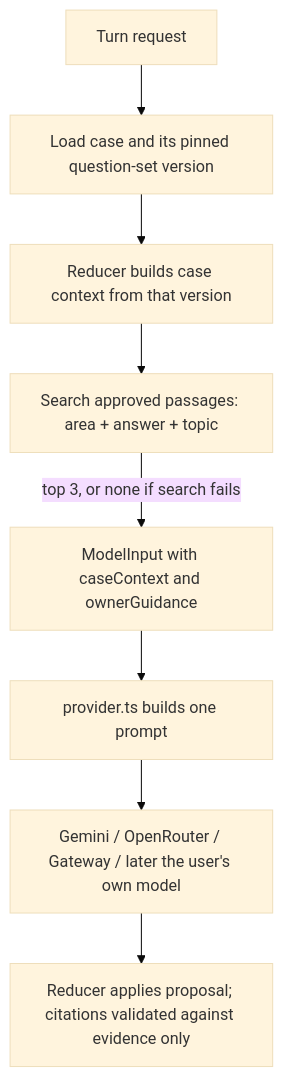
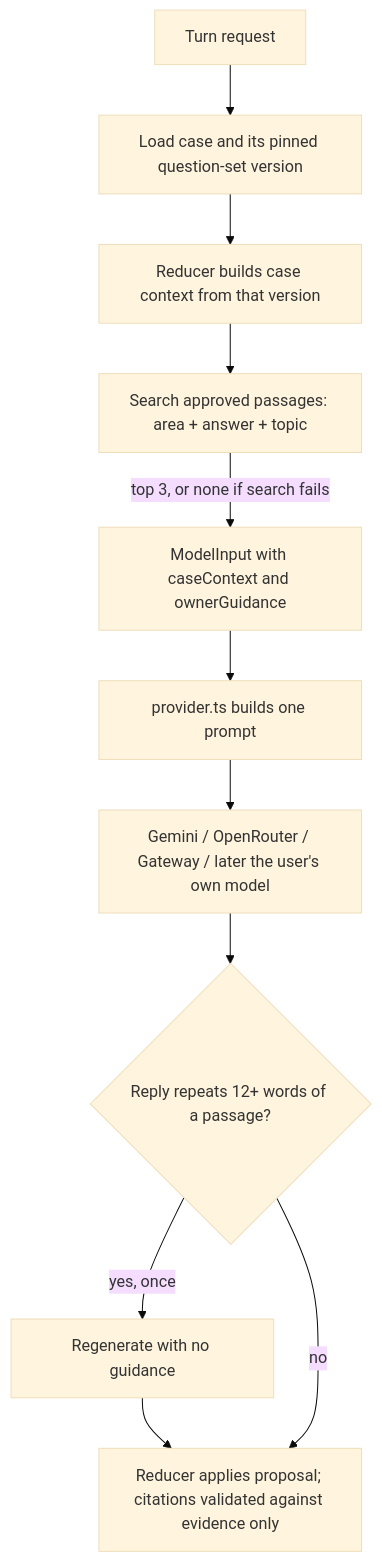
One commit to Exploitster/Devils-App changed the second of 3 diagrams in docs/plans/2026-11-09-0116-feat-owner-knowledge-studio-plan.md. Above: the diagram before and after it, drawn with Mermaid (base theme). The commit also changed other lines of this file, not shown here.

````diff
--- a/docs/plans/2026-11-09-0116-feat-owner-knowledge-studio-plan.md
+++ b/docs/plans/2026-11-09-0116-feat-owner-knowledge-studio-plan.md
@@ -216,10 +233,13 @@
 ```mermaid
 flowchart TB
   A[Turn request] --> B[Load case and its pinned question-set version]
   B --> C[Reducer builds case context from that version]
   C --> D[Search approved passages: area + answer + topic]
   D -->|top 3, or none if search fails| E[ModelInput with caseContext and ownerGuidance]
   E --> F[provider.ts builds one prompt]
   F --> G[Gemini / OpenRouter / Gateway / later the user's own model]
-  G --> H[Reducer applies proposal; citations validated against evidence only]
+  G --> X{Reply repeats 12+ words of a passage?}
+  X -->|yes, once| E2[Regenerate with no guidance]
+  E2 --> H
+  X -->|no| H[Reducer applies proposal; citations validated against evidence only]
 ```
````
